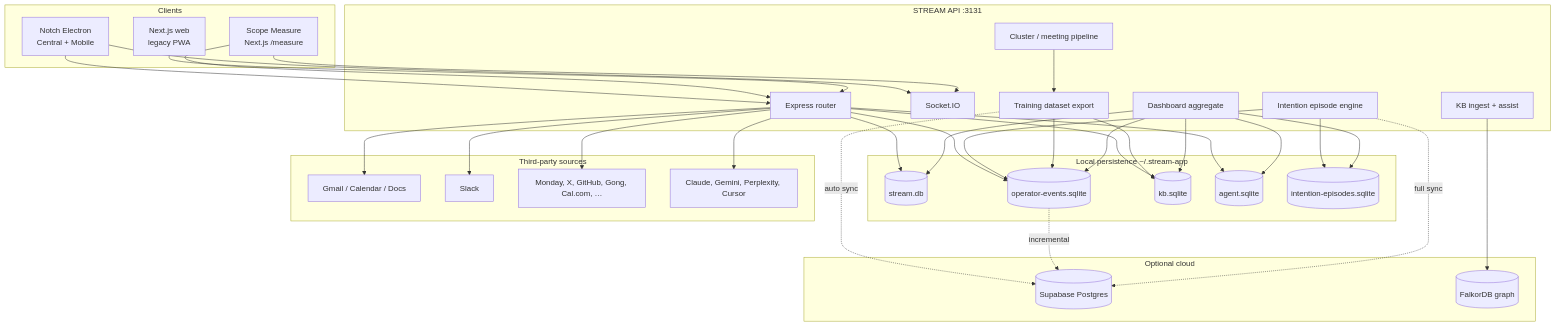
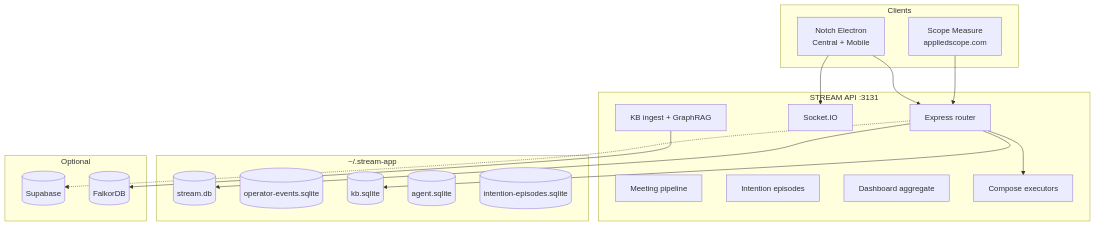
The diagram in README.md (ovsharam/stream-app), drawn with Mermaid before and after one commit. The commit also changed other lines of this file and 77 other files, not shown here.

First line of the commit message:
Add Pipeline, Mind graph, agent inbox UX, and measure dashboard resilience.

````diff
--- a/README.md
+++ b/README.md
@@ -48,70 +239,40 @@
 ```mermaid
 flowchart TB
   subgraph clients [Clients]
     Notch[Notch Electron<br/>Central + Mobile]
-    Measure[Scope Measure<br/>Next.js /measure]
-    Web[Next.js web<br/>legacy PWA]
+    Measure[Scope Measure<br/>appliedscope.com]
   end
 
   subgraph api [STREAM API :3131]
     Router[Express router]
     Socket[Socket.IO]
-    Cluster[Cluster / meeting pipeline]
-    KB[KB ingest + assist]
-    Intention[Intention episode engine]
+    Cluster[Meeting pipeline]
+    KB[KB ingest + GraphRAG]
+    Intention[Intention episodes]
     Dashboard[Dashboard aggregate]
-    Training[Training dataset export]
+    Executors[Compose executors]
   end
 
-  subgraph local [Local persistence ~/.stream-app]
+  subgraph local ["~/.stream-app"]
     StreamDB[(stream.db)]
     OpEvents[(operator-events.sqlite)]
     KBDB[(kb.sqlite)]
     AgentDB[(agent.sqlite)]
     IntentionDB[(intention-episodes.sqlite)]
   end
 
-  subgraph cloud [Optional cloud]
-    Supabase[(Supabase Postgres)]
-    Falkor[(FalkorDB graph)]
-  end
-
-  subgraph external [Third-party sources]
-    Gmail[Gmail / Calendar / Docs]
-    Slack[Slack]
-    Others[Monday, X, GitHub, Gong, Cal.com, …]
-    LLM[Claude, Gemini, Perplexity, Cursor]
+  subgraph cloud [Optional]
+    Supabase[(Supabase)]
+    Falkor[(FalkorDB)]
   end
 
   Notch --> Router
   Notch --> Socket
   Measure --> Router
-  Measure --> Socket
-  Web --> Router
 
   Router --> StreamDB
-  Router --> OpEvents
   Router --> KBDB
-  Router --> AgentDB
-  Intention --> IntentionDB
-  Intention --> OpEvents
-
-  Cluster --> Training
-  Training --> KBDB
-  Training --> OpEvents
-  Dashboard --> StreamDB
-  Dashboard --> OpEvents
-  Dashboard --> KBDB
-  Dashboard --> AgentDB
-  Dashboard --> IntentionDB
-
-  Router --> Gmail
-  Router --> Slack
-  Router --> Others
-  Router --> LLM
-
-  Training -.->|auto sync| Supabase
-  OpEvents -.->|incremental| Supabase
-  Intention -.->|full sync| Supabase
+  Router --> Executors
   KB --> Falkor
+  Router -.-> Supabase
 ```
````
